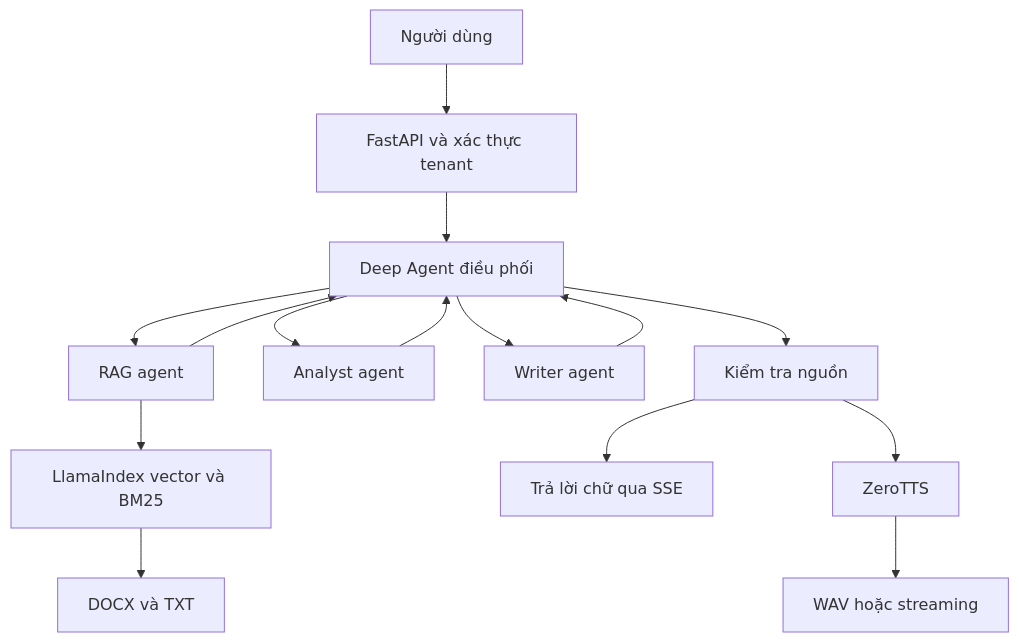
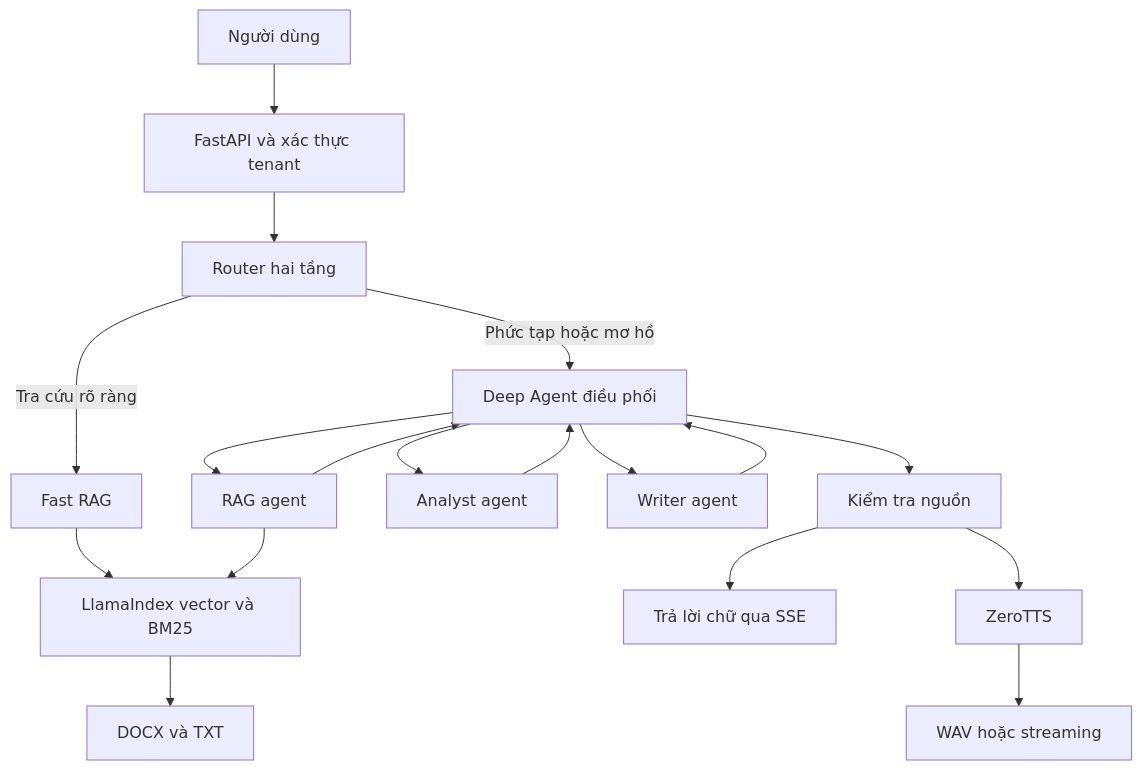
Before and after one commit to dinhhthanhh/vnpost_deepagent: the diagram in docs/ARCHITECTURE.md, drawn with Mermaid. The commit also changed other lines of this file and 19 other files, not shown here.

````diff
--- a/docs/ARCHITECTURE.md
+++ b/docs/ARCHITECTURE.md
@@ -9,17 +9,20 @@
 ```mermaid
 flowchart TD
     U["Người dùng"] --> API["FastAPI và xác thực tenant"]
-    API --> H["Deep Agent điều phối"]
+    API --> RT["Router hai tầng"]
+    RT -->|Tra cứu rõ ràng| F["Fast RAG"]
+    RT -->|Phức tạp hoặc mơ hồ| H["Deep Agent điều phối"]
+    F --> KB
     H --> R["RAG agent"]
     H --> A["Analyst agent"]
     H --> W["Writer agent"]
     R --> KB["LlamaIndex vector và BM25"]
     KB --> D["DOCX và TXT"]
     R --> H
     A --> H
     W --> H
     H --> G["Kiểm tra nguồn"]
     G --> T["Trả lời chữ qua SSE"]
     G --> S["ZeroTTS"]
     S --> V["WAV hoặc streaming"]
 ```
````
